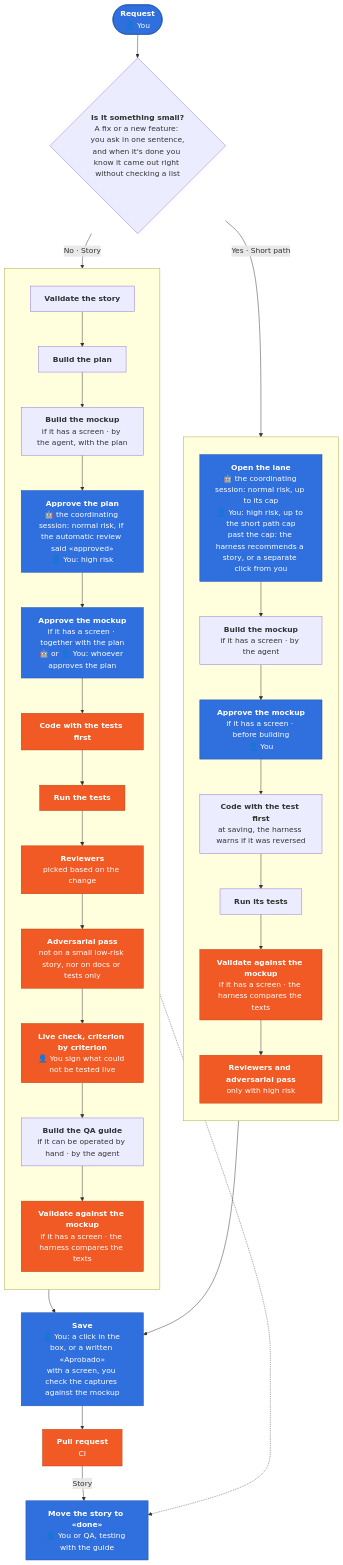
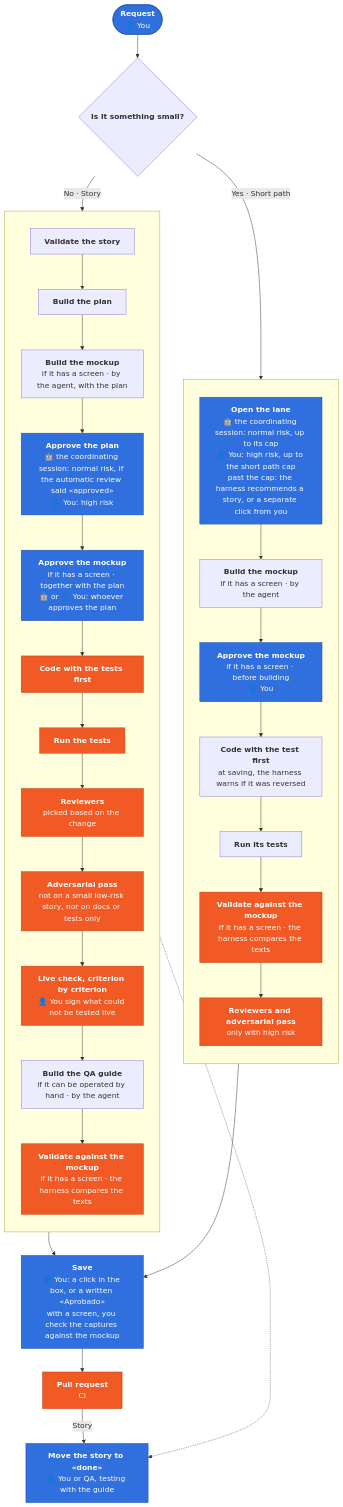
The diagram in README.md (TYCON-SA/tycon-harness), drawn with Mermaid before and after one commit. The commit also changed 1 other file, not shown here.

Commit message:
docs(portada): en el rombo del diagrama va sólo la pregunta
En GitHub, la frase entera partía el rombo en diez renglones. La frase sigue justo arriba
del diagrama.

Claude-Session: https://claude.ai/code/session_01X1hAFZvgPQGBTnMt2cMwGi

````diff
--- a/README.md
+++ b/README.md
@@ -69,38 +69,38 @@
 ```mermaid
 flowchart TB
-  pedir(["<b>Request</b><br/>👤 You"]) --> chico{"<b>Is it something small?</b><br/>A fix or a new feature: you ask in one sentence,<br/>and when it's done you know it came out right without checking a list"}
+  pedir(["<b>Request</b><br/>👤 You"]) --> chico{"<b>Is it something small?</b>"}
   chico -- "Yes · Short path" --> r1
   chico -- "No · Story" --> h1
   subgraph corto [" "]
     direction TB
     r1["<b>Open the lane</b><br/>🤖 the coordinating session: normal risk, up to its cap<br/>👤 You: high risk, up to the short path cap<br/>past the cap: the harness recommends a story, or a separate click from you"] --> r0m["<b>Build the mockup</b><br/>if it has a screen · by the agent"]
     r0m --> r1m["<b>Approve the mockup</b><br/>if it has a screen · before building<br/>👤 You"]
     r1m --> r2["<b>Code with the test first</b><br/>at saving, the harness warns if it was reversed"]
     r2 --> r3["<b>Run its tests</b>"]
     r3 --> r3c["<b>Validate against the mockup</b><br/>if it has a screen · the harness compares the texts"]
     r3c --> r4["<b>Reviewers and adversarial pass</b><br/>only with high risk"]
   end
   subgraph historia [" "]
     direction TB
     h1["<b>Validate the story</b>"] --> h2["<b>Build the plan</b>"]
     h2 --> h2m["<b>Build the mockup</b><br/>if it has a screen · by the agent, with the plan"]
     h2m --> h3["<b>Approve the plan</b><br/>🤖 the coordinating session: normal risk, if the automatic review said «approved»<br/>👤 You: high risk"]
     h3 --> h3m["<b>Approve the mockup</b><br/>if it has a screen · together with the plan<br/>🤖 or 👤 You: whoever approves the plan"]
     h3m --> h4["<b>Code with the tests first</b>"]
     h4 --> h5["<b>Run the tests</b>"]
     h5 --> h6["<b>Reviewers</b><br/>picked based on the change"]
     h6 --> h7["<b>Adversarial pass</b><br/>not on a small low-risk story, nor on docs or tests only"]
     h7 --> h8["<b>Live check, criterion by criterion</b><br/>👤 You sign what could not be tested live"]
     h8 --> hq["<b>Build the QA guide</b><br/>if it can be operated by hand · by the agent"]
     hq --> h9["<b>Validate against the mockup</b><br/>if it has a screen · the harness compares the texts"]
   end
   r4 --> g1["<b>Save</b><br/>👤 You: a click in the box, or a written «Aprobado»<br/>with a screen, you check the captures against the mockup"]
   h9 --> g1
   g1 --> g2["<b>Pull request</b><br/>CI"]
   g2 -- "Story" --> g3["<b>Move the story to «done»</b><br/>👤 You or QA, testing with the guide"]
   hq -.-> g3
   classDef decide fill:#2f6fde,stroke:#1f4fa8,color:#ffffff
   classDef control fill:#F15A24,stroke:#b8410f,color:#ffffff
   class pedir,r1,r1m,h3,h3m,g1,g3 decide
   class r3c,r4,h4,h5,h6,h7,h8,h9,g2 control
 ```
````
